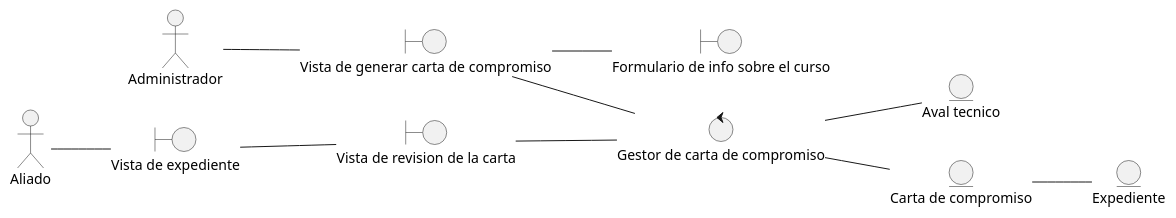
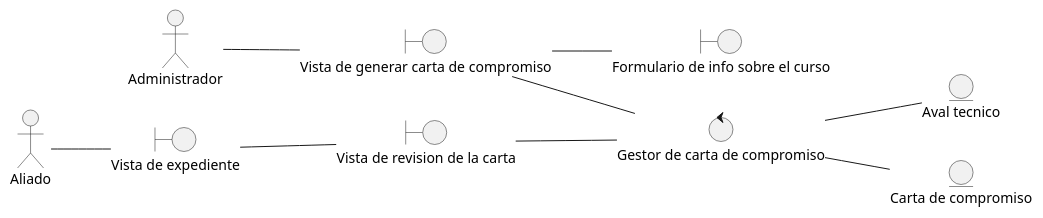
Before and after one commit to Samantha-Ramirez/ProyectoEquipo7ING: the diagram in docs/scenariosView/DisciplinaDeAnalisisDiagramaDeClaseGenerarCartaCompromiso.plantuml, drawn with PlantUML. The commit also changed 11 other files, not shown here.

```diff
--- a/docs/scenariosView/DisciplinaDeAnalisisDiagramaDeClaseGenerarCartaCompromiso.plantuml
+++ b/docs/scenariosView/DisciplinaDeAnalisisDiagramaDeClaseGenerarCartaCompromiso.plantuml
@@ -1,31 +1,29 @@
 @startuml DisciplinaDeAnalisisDiagramaDeClaseGenerarCartaCompromiso
 left to right direction
 
 actor "Administrador" as actorAdmin
 actor "Aliado" as actorAliado
 
 entity "Aval tecnico" as entidadAval
-entity "Expediente" as entidadExpediente
 entity "Carta de compromiso" as entidadCartaCompromiso
 
 boundary "Vista de generar carta de compromiso" as vistaGenerarCartaDeCompromiso
 boundary "Formulario de info sobre el curso" as vistaFormularioInfo
 boundary "Vista de revision de la carta" as vistaRevisionCartaDeCompromiso
 boundary "Vista de expediente" as vistaExpediente
 
 control "Gestor de carta de compromiso" as ctrlGestorCartaCompromiso
 
 actorAdmin -- vistaGenerarCartaDeCompromiso
 vistaGenerarCartaDeCompromiso -- vistaFormularioInfo
 
 vistaGenerarCartaDeCompromiso -- ctrlGestorCartaCompromiso
 ctrlGestorCartaCompromiso -- entidadCartaCompromiso 
-entidadCartaCompromiso -- entidadExpediente
 
 ctrlGestorCartaCompromiso -- entidadAval
 
 actorAliado -- vistaExpediente
 vistaExpediente -- vistaRevisionCartaDeCompromiso
 vistaRevisionCartaDeCompromiso -- ctrlGestorCartaCompromiso
 
 @enduml
```
